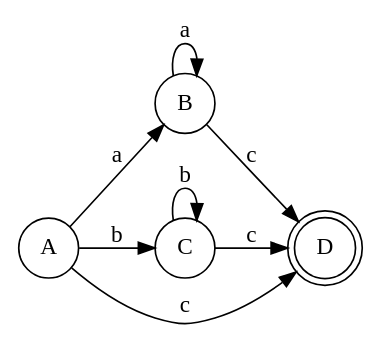
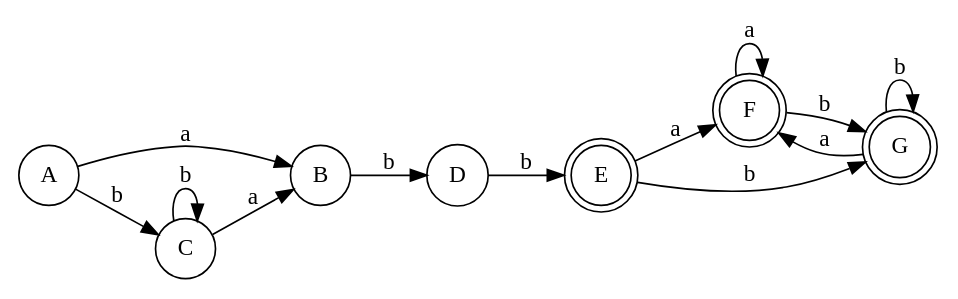
Before and after one commit to JoseGon20335/labC-lenguajes: the diagram in AFD.gv, drawn with Graphviz. The commit also changed 20 other files, not shown here.

```diff
--- a/AFD.gv
+++ b/AFD.gv
@@ -1,15 +1,23 @@
 // resultado
 digraph AFD {
 	graph [rankdir=LR]
-	3162970092400 [label=A shape=circle]
-	3162970090624 [label=B shape=circle]
-	3162970090144 [label=C shape=circle]
-	3162970090048 [label=D shape=doublecircle]
-	3162970092400 -> 3162970090624 [label=a]
-	3162970092400 -> 3162970090144 [label=b]
-	3162970092400 -> 3162970090048 [label=c]
-	3162970090624 -> 3162970090624 [label=a]
-	3162970090624 -> 3162970090048 [label=c]
-	3162970090144 -> 3162970090144 [label=b]
-	3162970090144 -> 3162970090048 [label=c]
+	2107392322736 [label=A shape=circle]
+	2107392326240 [label=B shape=circle]
+	2107392326720 [label=C shape=circle]
+	2107392326960 [label=D shape=circle]
+	2107392327440 [label=E shape=doublecircle]
+	2107392327584 [label=F shape=doublecircle]
+	2107392524496 [label=G shape=doublecircle]
+	2107392322736 -> 2107392326240 [label=a]
+	2107392322736 -> 2107392326720 [label=b]
+	2107392326240 -> 2107392326960 [label=b]
+	2107392326720 -> 2107392326240 [label=a]
+	2107392326720 -> 2107392326720 [label=b]
+	2107392326960 -> 2107392327440 [label=b]
+	2107392327440 -> 2107392327584 [label=a]
+	2107392327440 -> 2107392524496 [label=b]
+	2107392327584 -> 2107392327584 [label=a]
+	2107392327584 -> 2107392524496 [label=b]
+	2107392524496 -> 2107392327584 [label=a]
+	2107392524496 -> 2107392524496 [label=b]
 }
```
